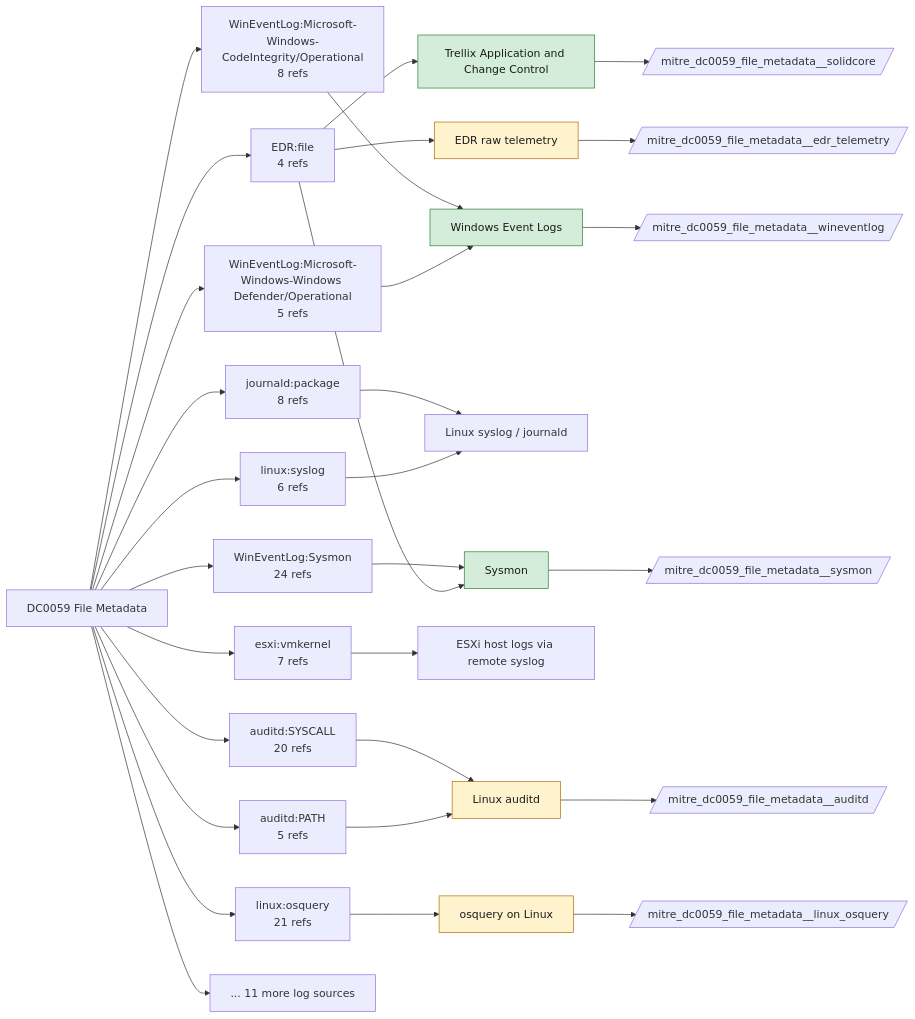
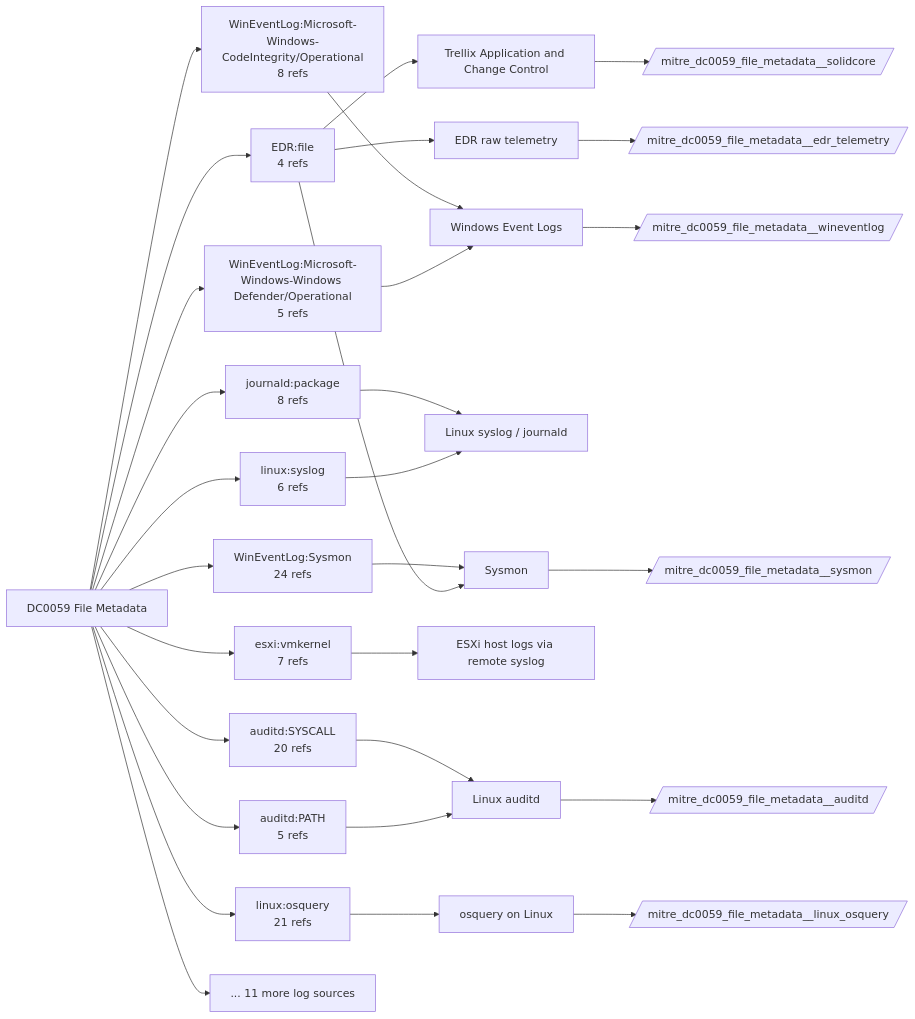
The diagram in docs/data-components/DC0059-file-metadata.md (dev-nobytes-io/mitre-defensive-mappings-spl), drawn with Mermaid before and after one commit. The commit also changed other lines of this file and 366 other files, not shown here.

````diff
--- a/docs/data-components/DC0059-file-metadata.md
+++ b/docs/data-components/DC0059-file-metadata.md
@@ -19,49 +19,41 @@
 ```mermaid
 flowchart LR
   DC["DC0059 File Metadata"]
   DC --> LS0["WinEventLog:Sysmon<br/>24 refs"]
   F_sysmon["Sysmon"]
   LS0 --> F_sysmon
   DC --> LS1["linux:osquery<br/>21 refs"]
   F_linux_osquery["osquery on Linux"]
   LS1 --> F_linux_osquery
   DC --> LS2["auditd:SYSCALL<br/>20 refs"]
   F_auditd["Linux auditd"]
   LS2 --> F_auditd
   DC --> LS3["journald:package<br/>8 refs"]
   F_linux_syslog["Linux syslog / journald"]
   LS3 --> F_linux_syslog
   DC --> LS4["WinEventLog:Microsoft-Windows-CodeIntegrity/Operational<br/>8 refs"]
   F_wineventlog["Windows Event Logs"]
   LS4 --> F_wineventlog
   DC --> LS5["esxi:vmkernel<br/>7 refs"]
   F_esxi_syslog["ESXi host logs via remote syslog"]
   LS5 --> F_esxi_syslog
   DC --> LS6["linux:syslog<br/>6 refs"]
   LS6 --> F_linux_syslog
   DC --> LS7["auditd:PATH<br/>5 refs"]
   LS7 --> F_auditd
   DC --> LS8["WinEventLog:Microsoft-Windows-Windows Defender/Operational<br/>5 refs"]
   LS8 --> F_wineventlog
   DC --> LS9["EDR:file<br/>4 refs"]
   F_edr_telemetry["EDR raw telemetry"]
   LS9 --> F_edr_telemetry
   LS9 --> F_sysmon
   F_solidcore["Trellix Application and Change Control"]
   LS9 --> F_solidcore
   DC --> MORE["... 11 more log sources"]
+  F_auditd --> ET_auditd[/"mitre_dc0059_file_metadata__auditd"/]
+  F_edr_telemetry --> ET_edr_telemetry[/"mitre_dc0059_file_metadata__edr_telemetry"/]
+  F_linux_osquery --> ET_linux_osquery[/"mitre_dc0059_file_metadata__linux_osquery"/]
   F_solidcore --> ET_solidcore[/"mitre_dc0059_file_metadata__solidcore"/]
-  class F_solidcore live
   F_sysmon --> ET_sysmon[/"mitre_dc0059_file_metadata__sysmon"/]
-  class F_sysmon live
   F_wineventlog --> ET_wineventlog[/"mitre_dc0059_file_metadata__wineventlog"/]
-  class F_wineventlog live
-  F_auditd --> ET_auditd[/"mitre_dc0059_file_metadata__auditd"/]
-  class F_auditd ready
-  F_edr_telemetry --> ET_edr_telemetry[/"mitre_dc0059_file_metadata__edr_telemetry"/]
-  class F_edr_telemetry ready
-  F_linux_osquery --> ET_linux_osquery[/"mitre_dc0059_file_metadata__linux_osquery"/]
-  class F_linux_osquery ready
-  classDef live fill:#d4edda,stroke:#2e7d32,color:#1b1b1b
-  classDef ready fill:#fff3cd,stroke:#b26a00,color:#1b1b1b
 ```
````
